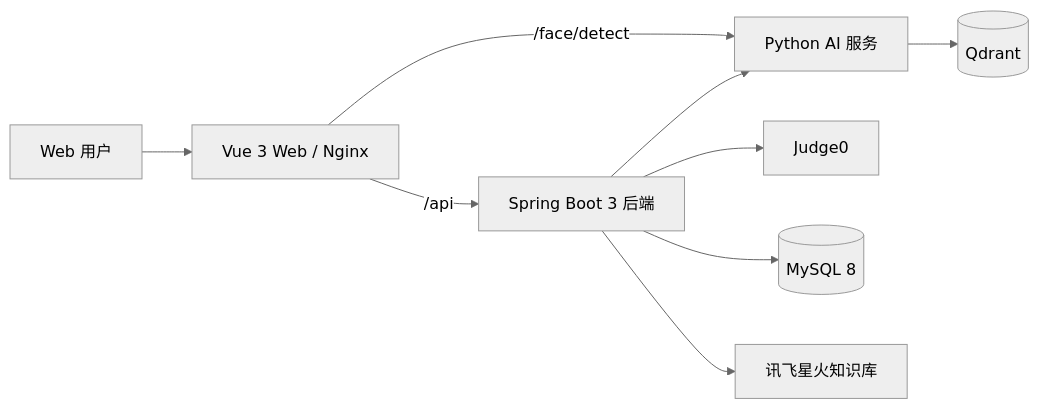
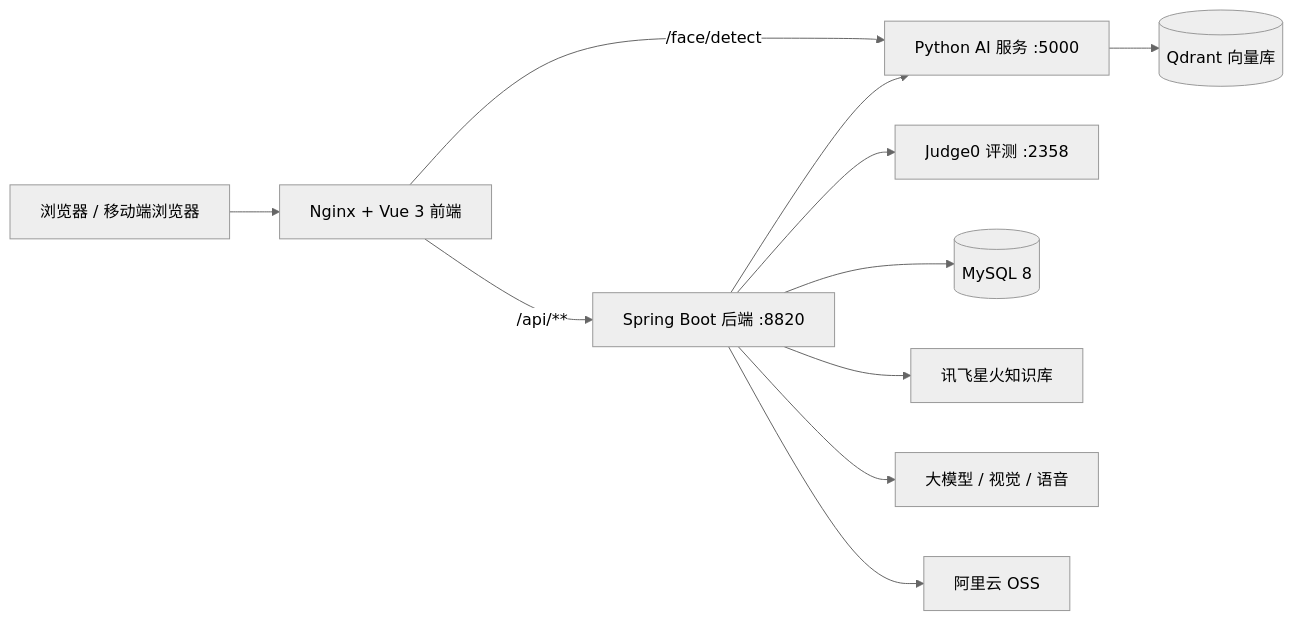
Before and after one commit to Jhon-cmyk/teach-project: the diagram in README.md, drawn with Mermaid (neutral theme). The commit also changed other lines of this file, not shown here.

````diff
--- a/README.md
+++ b/README.md
@@ -7,11 +71,16 @@
 ```mermaid
 flowchart LR
-    U["Web 用户"] --> F["Vue 3 Web / Nginx"]
-    F -->|"/api"| B["Spring Boot 3 后端"]
-    F -->|"/face/detect"| A["Python AI 服务"]
+    U["浏览器 / 移动端浏览器"] --> F["Nginx + Vue 3 前端"]
+
+    F -->|"/api/**"| B["Spring Boot 后端 :8820"]
+    F -->|"/face/detect"| A["Python AI 服务 :5000"]
+
     B --> A
-    B --> J["Judge0"]
+    B --> J["Judge0 评测 :2358"]
     B --> DB[("MySQL 8")]
-    B --> K["讯飞星火知识库"]
-    A --> Q[("Qdrant")]
+    B --> X["讯飞星火知识库"]
+    B --> M["大模型 / 视觉 / 语音"]
+    A --> Q[("Qdrant 向量库")]
+
+    B --> O["阿里云 OSS"]
 ```
````
